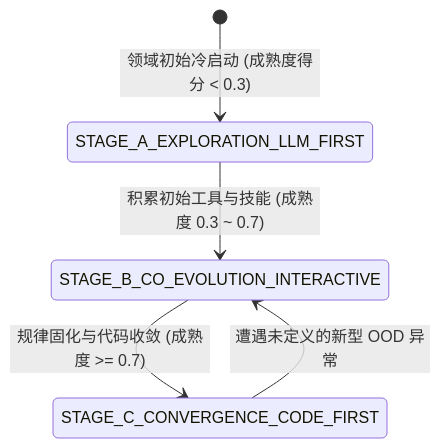
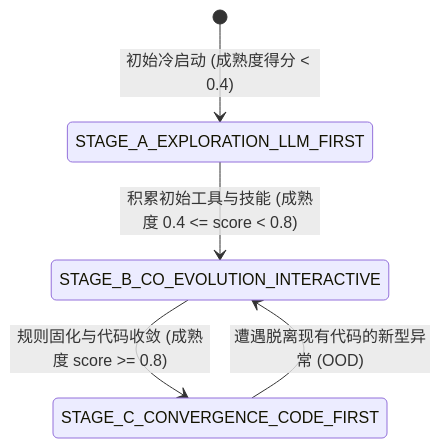
The fourth of 4 diagrams in docs/ARCHITECTURE.md (MartinWZX/agyWechat), drawn with Mermaid before and after one commit. The commit also changed other lines of this file and 7 other files, not shown here.

Commit message:
fix & docs: align code comments, architecture whitepapers and scripts with physical implementation parameters

````diff
--- a/docs/ARCHITECTURE.md
+++ b/docs/ARCHITECTURE.md
@@ -307,7 +232,7 @@
 ```mermaid
 stateDiagram-v2
-    [*] --> STAGE_A_EXPLORATION_LLM_FIRST: 领域初始冷启动 (成熟度得分 < 0.3)
-    STAGE_A_EXPLORATION_LLM_FIRST --> STAGE_B_CO_EVOLUTION_INTERACTIVE: 积累初始工具与技能 (成熟度 0.3 ~ 0.7)
-    STAGE_B_CO_EVOLUTION_INTERACTIVE --> STAGE_C_CONVERGENCE_CODE_FIRST: 规律固化与代码收敛 (成熟度 >= 0.7)
-    STAGE_C_CONVERGENCE_CODE_FIRST --> STAGE_B_CO_EVOLUTION_INTERACTIVE: 遭遇未定义的新型 OOD 异常
+    [*] --> STAGE_A_EXPLORATION_LLM_FIRST: 初始冷启动 (成熟度得分 < 0.4)
+    STAGE_A_EXPLORATION_LLM_FIRST --> STAGE_B_CO_EVOLUTION_INTERACTIVE: 积累初始工具与技能 (成熟度 0.4 <= score < 0.8)
+    STAGE_B_CO_EVOLUTION_INTERACTIVE --> STAGE_C_CONVERGENCE_CODE_FIRST: 规则固化与代码收敛 (成熟度 score >= 0.8)
+    STAGE_C_CONVERGENCE_CODE_FIRST --> STAGE_B_CO_EVOLUTION_INTERACTIVE: 遭遇脱离现有代码的新型异常 (OOD)
 ```
````
